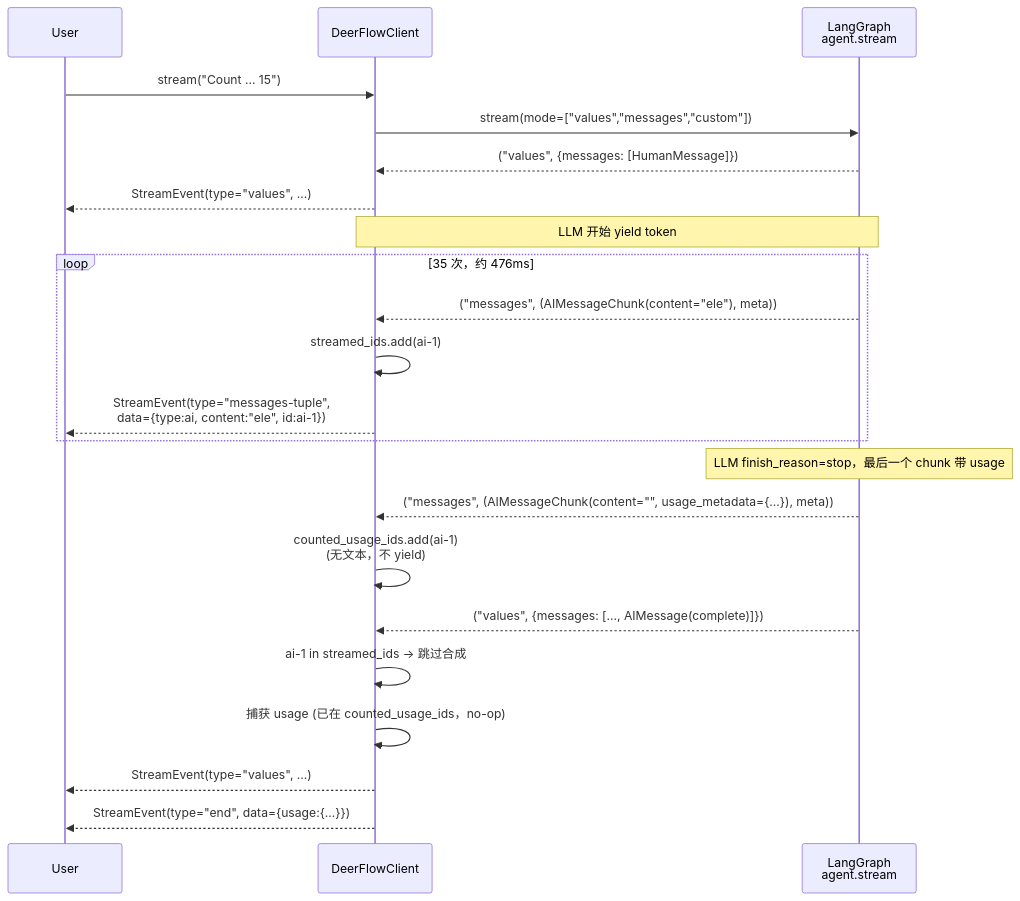
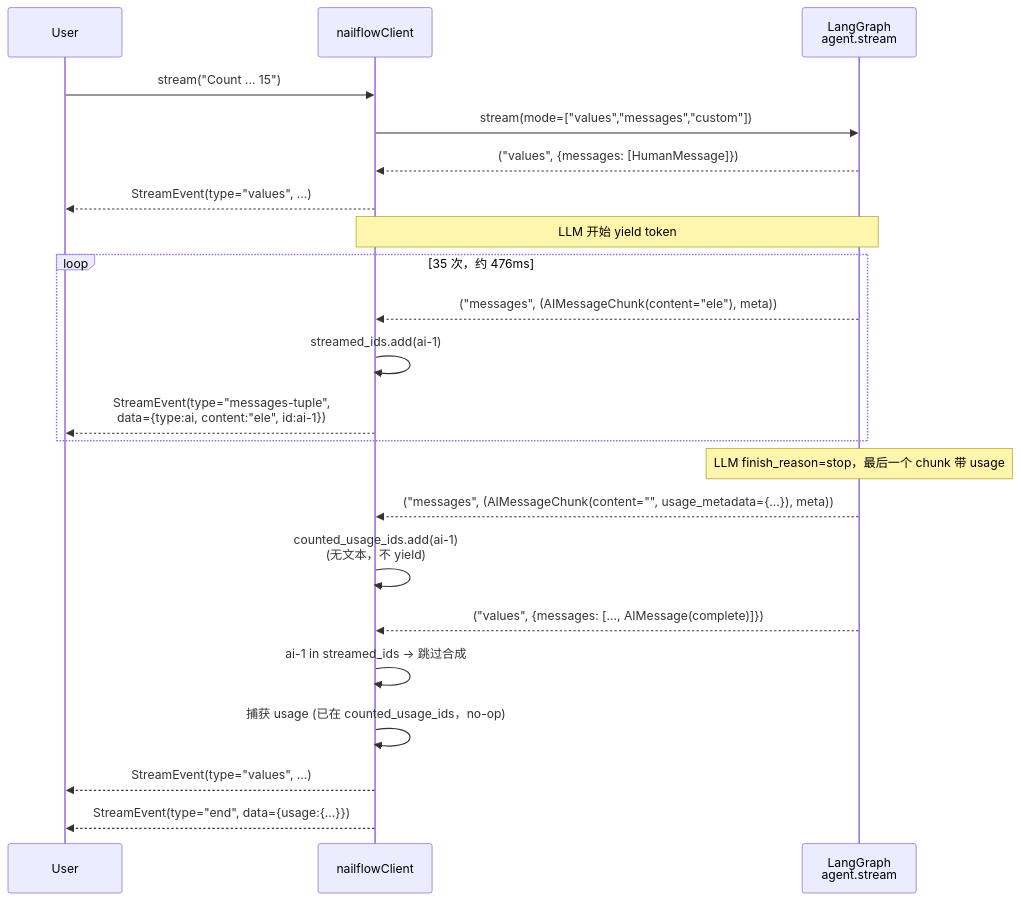
The fifth of 5 diagrams in backend/docs/STREAMING.md (zhang17-24/hackathon-meituan-ai), drawn with Mermaid before and after one commit. The commit also changed other lines of this file and 1104 other files, not shown here.

````diff
--- a/backend/docs/STREAMING.md
+++ b/backend/docs/STREAMING.md
@@ -252,30 +252,30 @@
 ```mermaid
 sequenceDiagram
     participant U as User
-    participant C as DeerFlowClient
+    participant C as nailflowClient
     participant A as LangGraph<br/>agent.stream
 
     U->>C: stream("Count ... 15")
     C->>A: stream(mode=["values","messages","custom"])
 
     A-->>C: ("values", {messages: [HumanMessage]})
     C-->>U: StreamEvent(type="values", ...)
 
     Note over A,C: LLM 开始 yield token
     loop 35 次，约 476ms
         A-->>C: ("messages", (AIMessageChunk(content="ele"), meta))
         C->>C: streamed_ids.add(ai-1)
         C-->>U: StreamEvent(type="messages-tuple",<br/>data={type:ai, content:"ele", id:ai-1})
     end
 
     Note over A: LLM finish_reason=stop，最后一个 chunk 带 usage
     A-->>C: ("messages", (AIMessageChunk(content="", usage_metadata={...}), meta))
     C->>C: counted_usage_ids.add(ai-1)<br/>(无文本，不 yield)
 
     A-->>C: ("values", {messages: [..., AIMessage(complete)]})
     C->>C: ai-1 in streamed_ids → 跳过合成
     C->>C: 捕获 usage (已在 counted_usage_ids，no-op)
     C-->>U: StreamEvent(type="values", ...)
 
     C-->>U: StreamEvent(type="end", data={usage:{...}})
 ```
````
